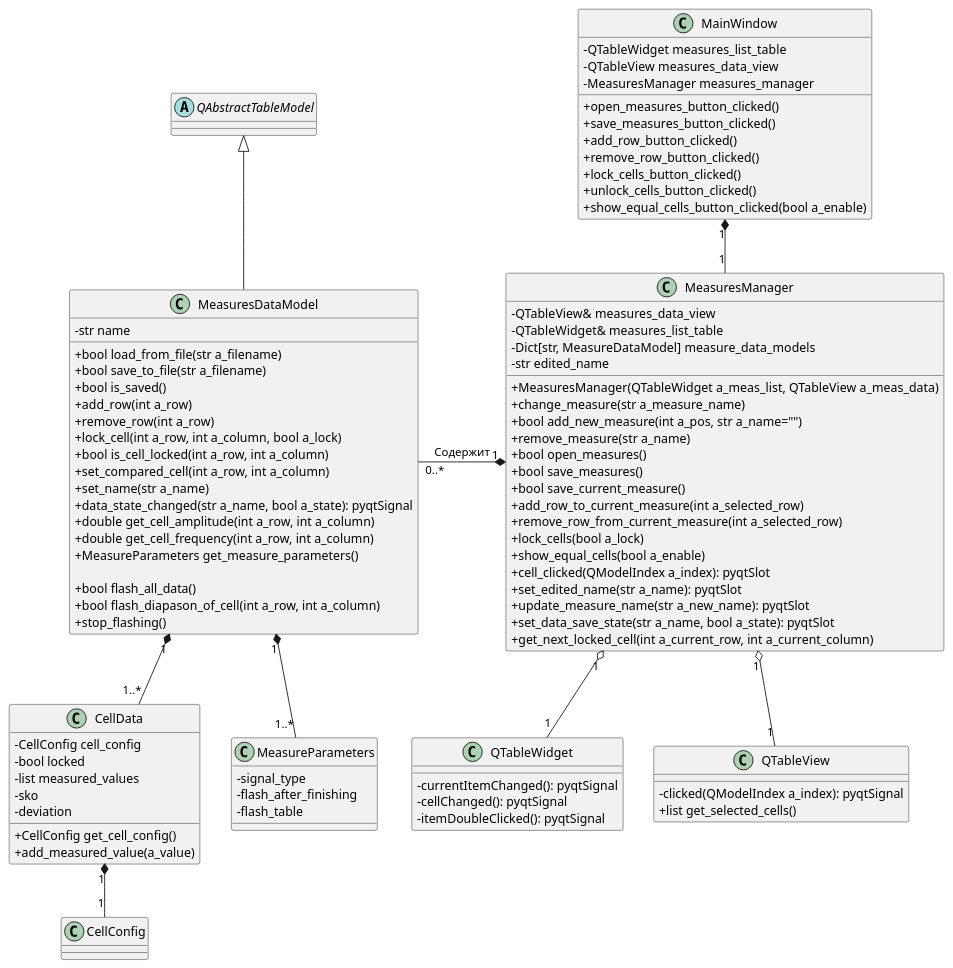
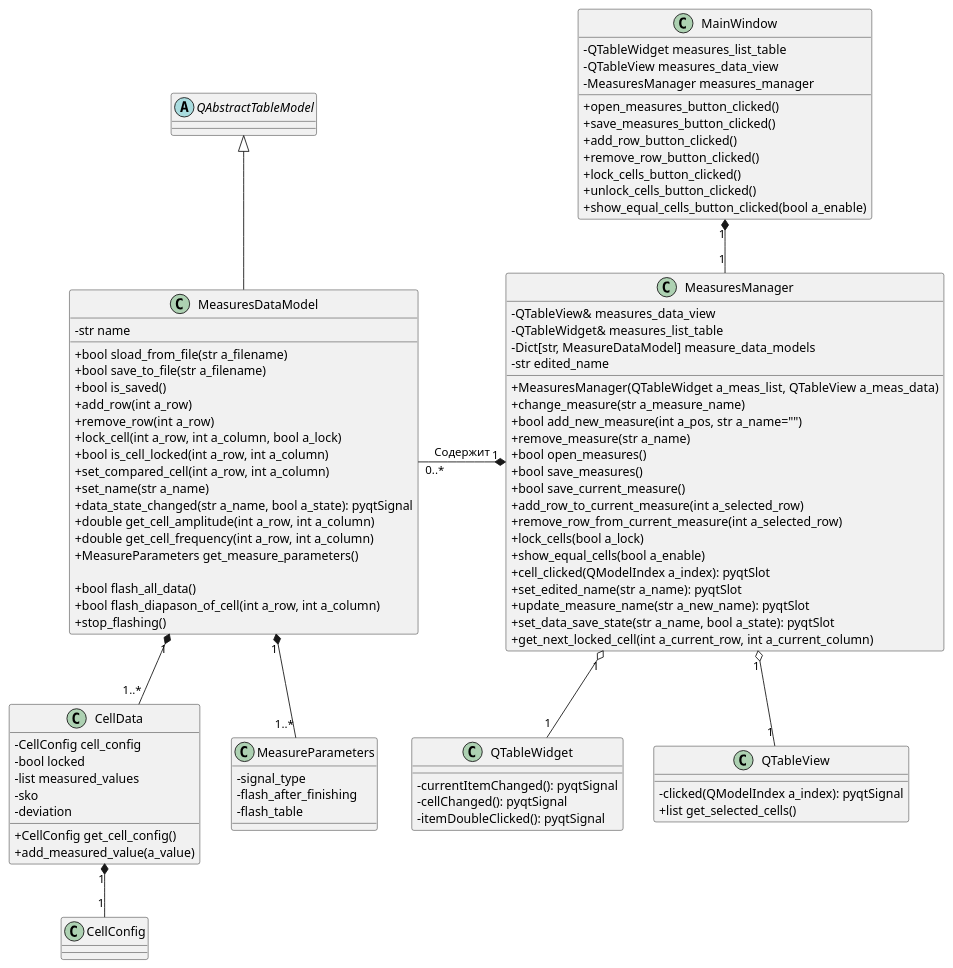
One commit to irsural/clb_autocalibration changed the diagram in UML/mainwindow.puml. Above: the diagram before and after it, drawn with PlantUML. The commit also changed 3 other files, not shown here.

```diff
--- a/UML/mainwindow.puml
+++ b/UML/mainwindow.puml
@@ -1,109 +1,109 @@
 @startuml
 
 skinparam classAttributeIconSize 0
 
 abstract class QAbstractTableModel
 
 QAbstractTableModel <|-- MeasuresDataModel
 
 MainWindow "1" *-- "1" MeasuresManager
 MeasuresDataModel "0..*" -right--* "1" MeasuresManager: Содержит
 MeasuresDataModel "1" *-- "1..*" CellData
 MeasuresDataModel "1" *-- "1..*" MeasureParameters
 
 MeasuresManager "1" o-- "1" QTableWidget
 MeasuresManager "1" o-- "1" QTableView
 
 CellData "1" *-- "1" CellConfig
 
 
 class MainWindow {
 -QTableWidget measures_list_table
 -QTableView measures_data_view
 -MeasuresManager measures_manager
 
 +open_measures_button_clicked()
 +save_measures_button_clicked()
 +add_row_button_clicked()
 +remove_row_button_clicked()
 +lock_cells_button_clicked()
 +unlock_cells_button_clicked()
 +show_equal_cells_button_clicked(bool a_enable)
 }
 
 class MeasuresManager {
 -QTableView& measures_data_view
 -QTableWidget& measures_list_table
 -Dict[str, MeasureDataModel] measure_data_models
 -str edited_name
 +MeasuresManager(QTableWidget a_meas_list, QTableView a_meas_data)
 +change_measure(str a_measure_name)
 +bool add_new_measure(int a_pos, str a_name="")
 +remove_measure(str a_name)
 +bool open_measures()
 +bool save_measures()
 +bool save_current_measure()
 +add_row_to_current_measure(int a_selected_row)
 +remove_row_from_current_measure(int a_selected_row)
 +lock_cells(bool a_lock)
 +show_equal_cells(bool a_enable)
 +cell_clicked(QModelIndex a_index): pyqtSlot
 +set_edited_name(str a_name): pyqtSlot
 +update_measure_name(str a_new_name): pyqtSlot
 +set_data_save_state(str a_name, bool a_state): pyqtSlot
 +get_next_locked_cell(int a_current_row, int a_current_column)
 }
 
 class MeasuresDataModel {
 -str name
-+bool load_from_file(str a_filename)
++bool sload_from_file(str a_filename)
 +bool save_to_file(str a_filename)
 +bool is_saved()
 +add_row(int a_row)
 +remove_row(int a_row)
 +lock_cell(int a_row, int a_column, bool a_lock)
 +bool is_cell_locked(int a_row, int a_column)
 +set_compared_cell(int a_row, int a_column)
 +set_name(str a_name)
 +data_state_changed(str a_name, bool a_state): pyqtSignal
 +double get_cell_amplitude(int a_row, int a_column)
 +double get_cell_frequency(int a_row, int a_column)
 +MeasureParameters get_measure_parameters()
 
 +bool flash_all_data()
 +bool flash_diapason_of_cell(int a_row, int a_column)
 +stop_flashing()
 }
 
 class MeasureParameters {
 -signal_type
 -flash_after_finishing
 -flash_table
 }
 
 class CellData {
 -CellConfig cell_config
 -bool locked
 -list measured_values
 -sko
 -deviation
 +CellConfig get_cell_config()
 +add_measured_value(a_value)
 }
 
 class CellConfig {
 
 }
 
 class QTableWidget {
 -currentItemChanged(): pyqtSignal
 -cellChanged(): pyqtSignal
 -itemDoubleClicked(): pyqtSignal
 }
 
 class QTableView {
 -clicked(QModelIndex a_index): pyqtSignal
 +list get_selected_cells()
 }
 
 @enduml
```
